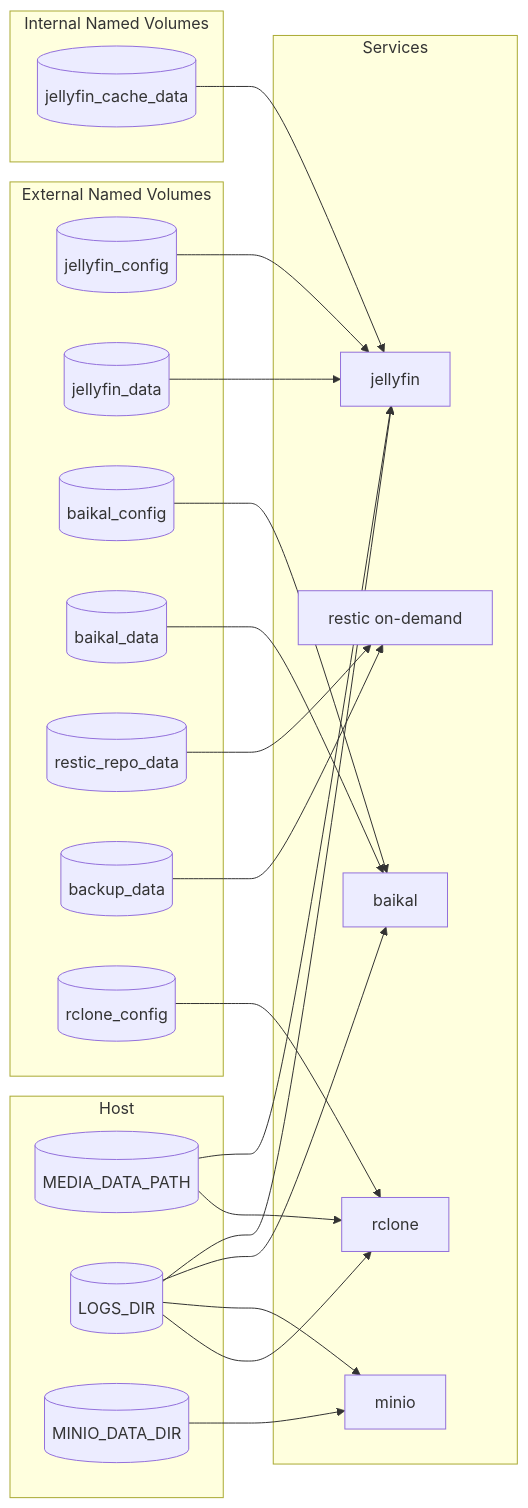
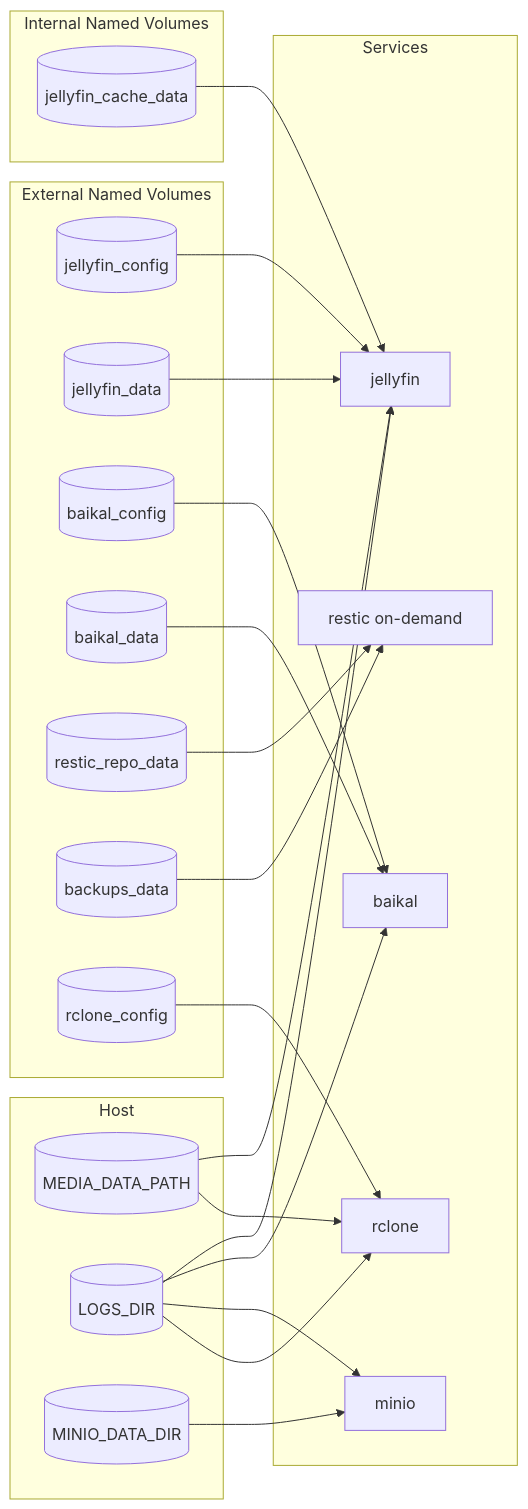
Before and after one commit to BinaryBand/server-apps: the first of 5 diagrams in docs/storage.md, drawn with Mermaid. The commit also changed 5 other files, not shown here.

````diff
--- a/docs/storage.md
+++ b/docs/storage.md
@@ -7,48 +7,48 @@
 ```mermaid
 flowchart LR
   subgraph Host
     MEDIA[(MEDIA_DATA_PATH)]
     LOGS[(LOGS_DIR)]
     MINIO_BIND[(MINIO_DATA_DIR)]
   end
 
   subgraph ExternalNamedVolumes[External Named Volumes]
     JV_CFG[(jellyfin_config)]
     JV_DATA[(jellyfin_data)]
     BK_CFG[(baikal_config)]
     BK_DATA[(baikal_data)]
     RESTIC_REPO[(restic_repo_data)]
-    BACKUPS[(backup_data)]
+    BACKUPS[(backups_data)]
     RCLONE_CFG[(rclone_config)]
   end
 
   subgraph InternalNamedVolumes[Internal Named Volumes]
     J_CACHE[(jellyfin_cache_data)]
   end
 
   subgraph Services
     JELLYFIN[jellyfin]
     BAIKAL[baikal]
     MINIO[minio]
     RCLONE[rclone]
     RESTIC[restic on-demand]
   end
 
   JV_CFG --> JELLYFIN
   JV_DATA --> JELLYFIN
   J_CACHE --> JELLYFIN
   BK_CFG --> BAIKAL
   BK_DATA --> BAIKAL
 
   RESTIC_REPO --> RESTIC
   BACKUPS --> RESTIC
   RCLONE_CFG --> RCLONE
 
   MEDIA --> JELLYFIN
   MEDIA --> RCLONE
   LOGS --> JELLYFIN
   LOGS --> BAIKAL
   LOGS --> MINIO
   LOGS --> RCLONE
   MINIO_BIND --> MINIO
 ```
````
